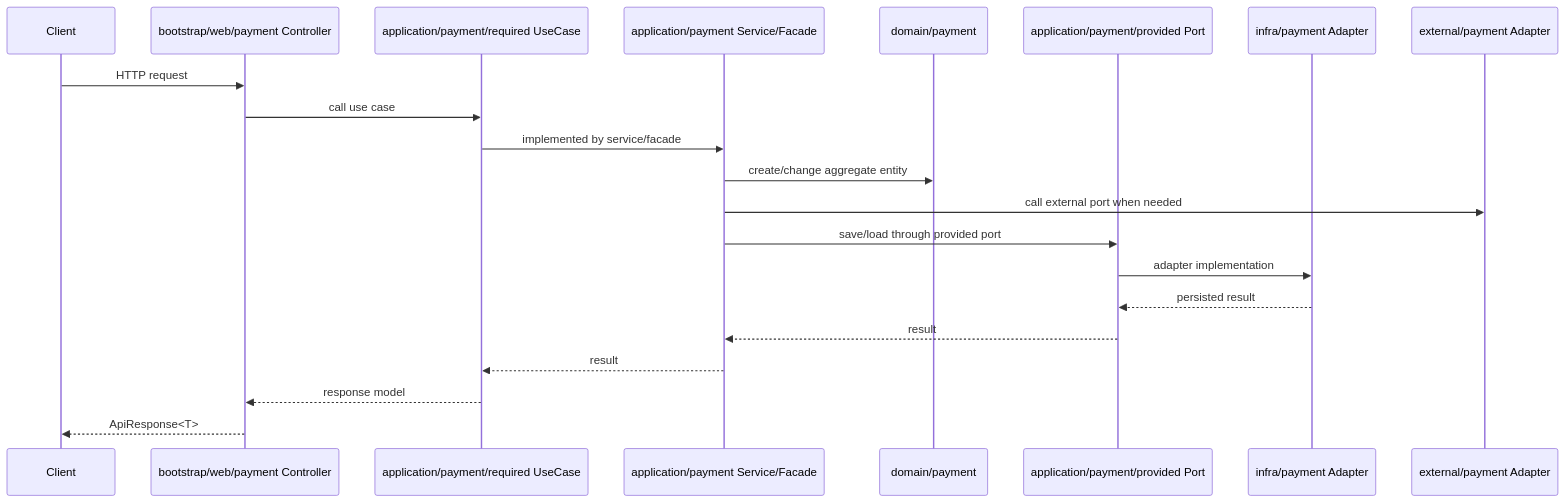
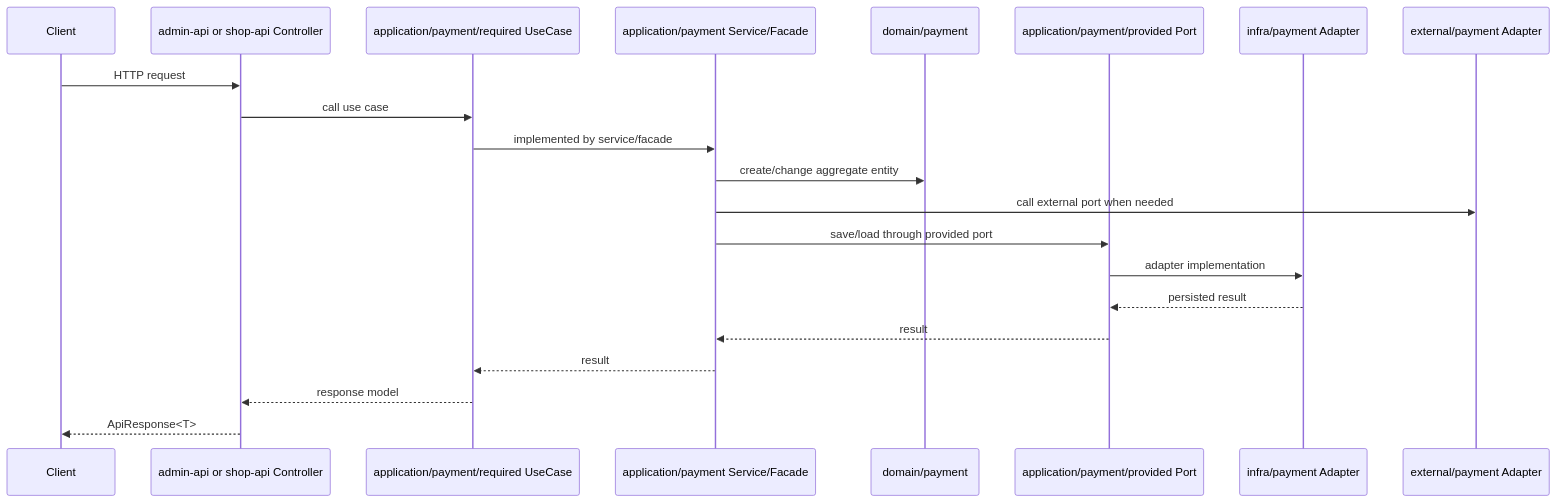
The third of 5 diagrams in docs/how/07-architecture-diagram.md (jihaneol/-_-), drawn with Mermaid before and after one commit. The commit also changed other lines of this file and 62 other files, not shown here.

Commit message:
feat: admin shop API 런타임 분리

````diff
--- a/docs/how/07-architecture-diagram.md
+++ b/docs/how/07-architecture-diagram.md
@@ -65,24 +75,24 @@
 ```mermaid
 sequenceDiagram
     participant Client
-    participant Controller as bootstrap/web/payment Controller
+    participant Controller as admin-api or shop-api Controller
     participant Required as application/payment/required UseCase
     participant Service as application/payment Service/Facade
     participant Domain as domain/payment
     participant Provided as application/payment/provided Port
     participant Infra as infra/payment Adapter
     participant External as external/payment Adapter
 
     Client->>Controller: HTTP request
     Controller->>Required: call use case
     Required->>Service: implemented by service/facade
     Service->>Domain: create/change aggregate entity
     Service->>External: call external port when needed
     Service->>Provided: save/load through provided port
     Provided->>Infra: adapter implementation
     Infra-->>Provided: persisted result
     Provided-->>Service: result
     Service-->>Required: result
     Required-->>Controller: response model
     Controller-->>Client: ApiResponse<T>
 ```
````
